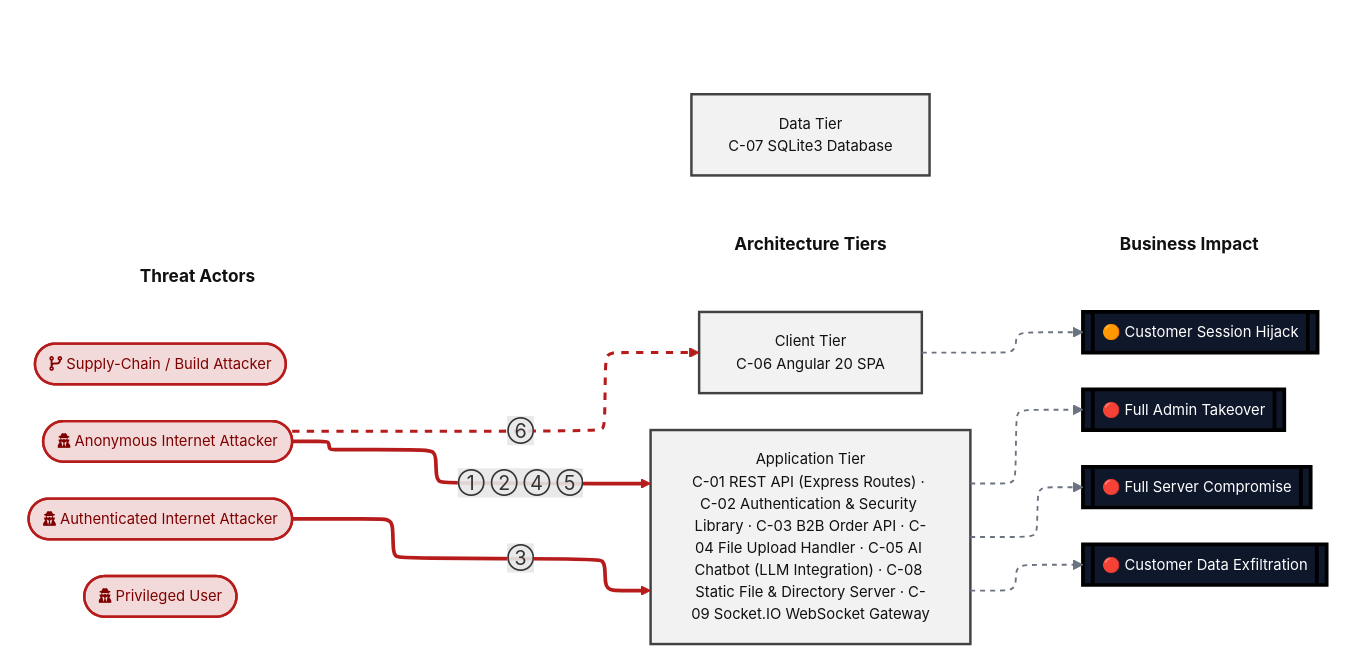
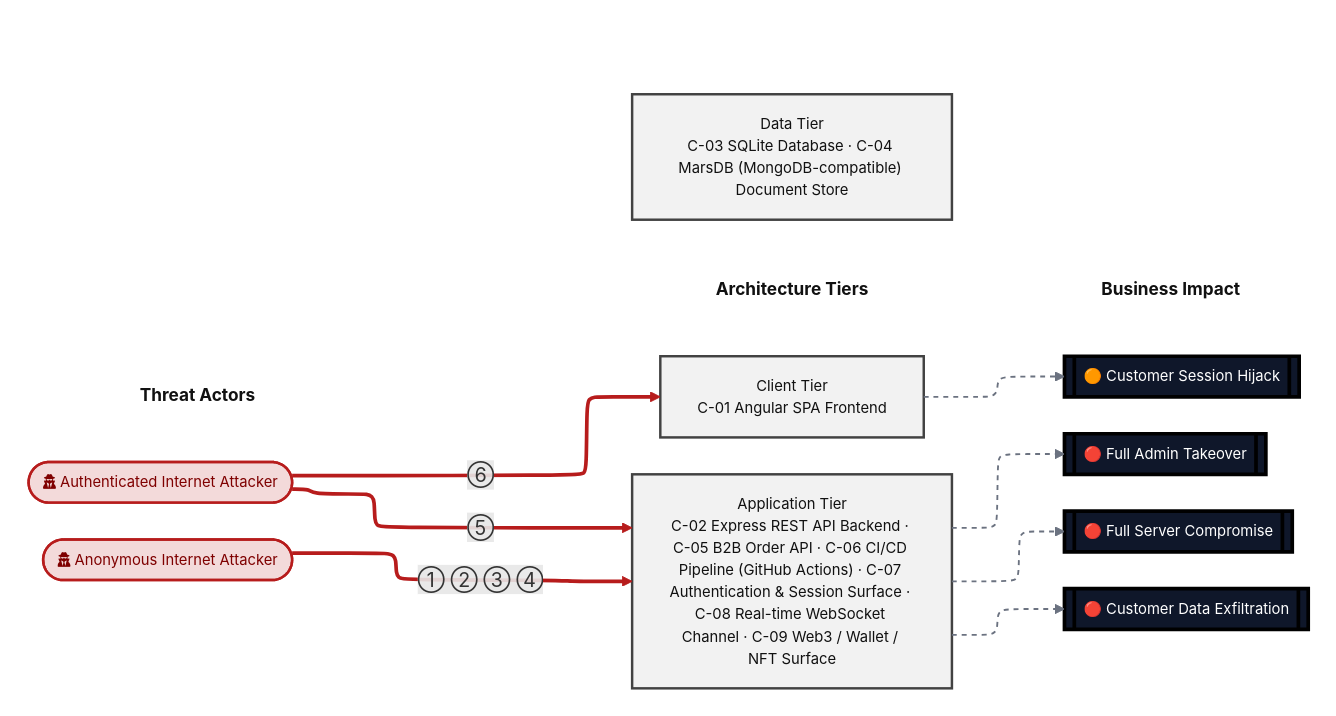
The first of 21 diagrams in examples/threat-modeler/threat-model-juice-shop-standard.md (appsec-foundry/appsec-advisor), drawn with Mermaid before and after one commit. The commit also changed other lines of this file and 2 other files, not shown here.

````diff
--- a/examples/threat-modeler/threat-model-juice-shop-standard.md
+++ b/examples/threat-modeler/threat-model-juice-shop-standard.md
@@ -152,74 +141,71 @@
 ```mermaid
 %%{init: {"flowchart": {"defaultRenderer": "elk", "nodeSpacing": 45, "rankSpacing": 95}} }%%
 flowchart LR
     subgraph ACTORS[" "]
         direction TB
         HDR_A["<b>Threat Actors</b>"]:::columnHeader
         ANON(["fa:fa-user-secret Anonymous Internet Attacker"]):::actorAnon
         INTERNET_USER(["fa:fa-user-secret Authenticated Internet Attacker"]):::actorAnon
-        INTERNET_PRIV_USER(["fa:fa-user-secret Privileged User"]):::actorAnon
-        BUILD_TIME(["fa:fa-code-branch Supply-Chain / Build Attacker"]):::actorAnon
     end
 
     subgraph TIERS[" "]
         direction TB
         HDR_T["<b>Architecture Tiers</b>"]:::columnHeader
-        BROWSER["Client Tier<br/>C-06 Angular 20 SPA"]:::tierClient
-        SERVER["Application Tier<br/>C-01 REST API (Express Routes) · C-02 Authentication & Security Library · C-03 B2B Order API · C-04 File Upload Handler · C-05 AI Chatbot (LLM Integration) · C-08 Static File & Directory Server · C-09 Socket.IO WebSocket Gateway"]:::tierApp
-        DATA["Data Tier<br/>C-07 SQLite3 Database"]:::tierData
+        BROWSER["Client Tier<br/>C-01 Angular SPA Frontend"]:::tierClient
+        SERVER["Application Tier<br/>C-02 Express REST API Backend · C-05 B2B Order API · C-06 CI/CD Pipeline (GitHub Actions) · C-07 Authentication & Session Surface · C-08 Real-time WebSocket Channel · C-09 Web3 / Wallet / NFT Surface"]:::tierApp
+        DATA["Data Tier<br/>C-03 SQLite Database · C-04 MarsDB (MongoDB-compatible) Document Store"]:::tierData
     end
 
     subgraph IMPACT[" "]
         direction TB
         HDR_I["<b>Business Impact</b>"]:::columnHeader
         CUSTOMER_SESSION_HIJACK[["🟠 Customer Session Hijack"]]:::impact
         FULL_ADMIN_TAKEOVER[["🔴 Full Admin Takeover"]]:::impact
         FULL_SERVER_COMPROMISE[["🔴 Full Server Compromise"]]:::impact
         CUSTOMER_DATA_EXFILTRATION[["🔴 Customer Data Exfiltration"]]:::impact
     end
 
     %% Invisible alignment hints. Two purposes:
     %%   (a) keep per-component alignment edges (e.g. ANON --- SERVER) so the
     %%       forward attack arrows route horizontally without crossing tier
     %%       boxes (the diagram is forward-only: actor → tier → impact, no
     %%       backward relay edges into the actor column);
     %%   (b) chain the three column headers (HDR_A, HDR_T, HDR_I) across
     %%       subgraph boundaries so ELK pins them on the same Y line.
     HDR_A --- HDR_T
     HDR_T --- HDR_I
     ANON --- SERVER
 
     %% Attack arrows - solid ==> for DIRECT attacks, dashed -.-> for INDIRECT
     %% (victim-required, e.g. DOM/stored XSS). Both stay in the red attack
     %% linkStyle; the dashed syntax marks the indirect ones.
-    ANON ==>|" ① ② ④ ⑤  "| SERVER
-    INTERNET_USER ==>|" ③  "| SERVER
-    ANON -.->|" ⑥  "| BROWSER
+    ANON ==>|" ① ② ③ ④  "| SERVER
+    INTERNET_USER ==>|" ⑤  "| SERVER
+    INTERNET_USER ==>|" ⑥  "| BROWSER
 
     %% Consequence arrows (tier → business impact, all LR-forward)
-    SERVER -.-> FULL_SERVER_COMPROMISE
     SERVER -.-> CUSTOMER_DATA_EXFILTRATION
     SERVER -.-> FULL_ADMIN_TAKEOVER
+    SERVER -.-> FULL_SERVER_COMPROMISE
     BROWSER -.-> CUSTOMER_SESSION_HIJACK
 
     %% Subgraph frames invisible - column headers are emitted as the
     %% FIRST node of each subgraph (HDR_A / HDR_T / HDR_I) and pinned
     %% on the same Y line by the cross-subgraph alignment edges above.
     style ACTORS fill:none,stroke:none
     style TIERS  fill:none,stroke:none
     style IMPACT fill:none,stroke:none
 
     classDef tierClient fill:#f2f2f2,stroke:#424242,color:#111,stroke-width:2px,font-size:12px
     classDef tierApp    fill:#f2f2f2,stroke:#424242,color:#111,stroke-width:2px,font-size:12px
     classDef tierData   fill:#f2f2f2,stroke:#424242,color:#111,stroke-width:2px,font-size:12px
     classDef actorAnon     fill:#f3dada,stroke:#b71c1c,color:#7f0000,stroke-width:2px,font-size:12px
     classDef impact        fill:#0f172a,stroke:#000,color:#fff,stroke-width:3px,font-size:12px
 
     classDef columnHeader  fill:none,stroke:none,color:#111,font-size:14px
 
     linkStyle 0,1,2     stroke:transparent,stroke-width:0px
-    linkStyle 3,4     stroke:#b71c1c,stroke-width:3px
-    linkStyle 5     stroke:#b71c1c,stroke-width:2.5px,stroke-dasharray:6
+    linkStyle 3,4,5     stroke:#b71c1c,stroke-width:3px
     linkStyle 6,7,8,9     stroke:#6b7280,stroke-width:1.5px,stroke-dasharray:4
 
 ```
````
